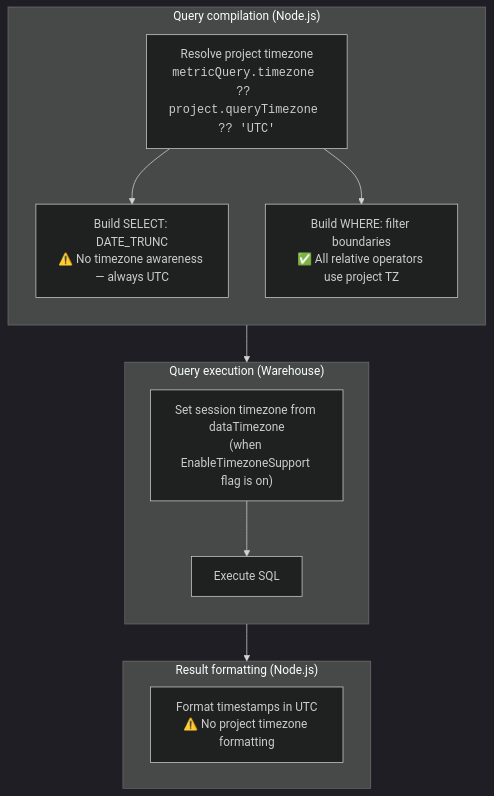
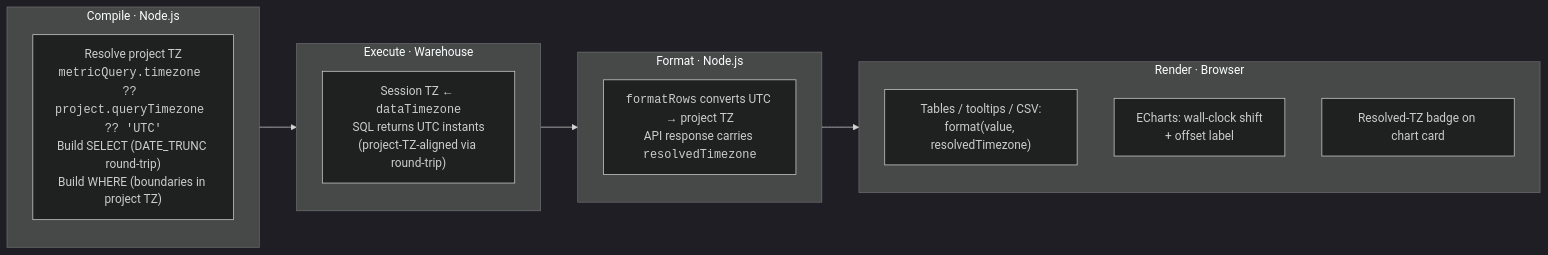
The second of 6 diagrams in docs/timezone-handling.md (lightdash/lightdash), drawn with Mermaid (dark theme) before and after one commit. The commit also changed other lines of this file, not shown here.

First line of the commit message:
docs(timezones): tighten timezone-handling doc tone and scope (#22361)

````diff
--- a/docs/timezone-handling.md
+++ b/docs/timezone-handling.md
@@ -63,26 +63,23 @@
 ```mermaid
-flowchart TD
-    subgraph Compile["Query compilation (Node.js)"]
+flowchart LR
+    subgraph Compile["Compile · Node.js"]
         direction TB
-        A["Resolve project timezone<br/><code>metricQuery.timezone ?? project.queryTimezone ?? 'UTC'</code>"]
-        B["Build SELECT: DATE_TRUNC<br/>⚠️ No timezone awareness — always UTC"]
-        C["Build WHERE: filter boundaries<br/>✅ All relative operators use project TZ"]
-        A --> B
-        A --> C
+        C1["Resolve project TZ<br/><code>metricQuery.timezone ?? project.queryTimezone ?? 'UTC'</code><br/>Build SELECT (DATE_TRUNC round-trip)<br/>Build WHERE (boundaries in project TZ)"]
+    end
+    subgraph Execute["Execute · Warehouse"]
+        direction TB
+        E1["Session TZ ← <code>dataTimezone</code><br/>SQL returns UTC instants<br/>(project-TZ-aligned via round-trip)"]
+    end
+    subgraph Format["Format · Node.js"]
+        direction TB
+        F1["<code>formatRows</code> converts UTC → project TZ<br/>API response carries <code>resolvedTimezone</code>"]
+    end
+    subgraph Render["Render · Browser"]
+        direction TB
+        R1["Tables / tooltips / CSV:<br/>format(value, resolvedTimezone)"]
+        R2["ECharts: wall-clock shift<br/>+ offset label"]
+        R3["Resolved-TZ badge on chart card"]
     end
 
-    subgraph Execute["Query execution (Warehouse)"]
-        direction TB
-        D["Set session timezone from dataTimezone<br/>(when EnableTimezoneSupport flag is on)"]
-        E["Execute SQL"]
-        D --> E
-    end
-
-    Compile --> Execute
-
-    subgraph Format["Result formatting (Node.js)"]
-        F["Format timestamps in UTC<br/>⚠️ No project timezone formatting"]
-    end
-
-    Execute --> Format
+    Compile --> Execute --> Format --> Render
 ```
````
